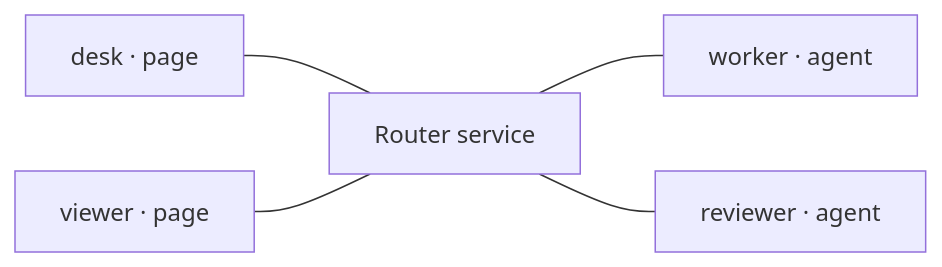
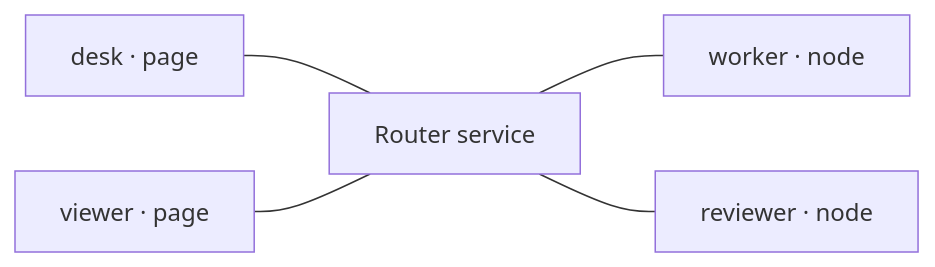
One commit to nitipit/automata changed the diagram in src/automata/skills/bundled/automata-message-router/references/connect.md. Above: the diagram before and after it, drawn with Mermaid. The commit also changed other lines of this file and 21 other files, not shown here.

Commit message:
feat(message-router): add trusted node networks and streamline skill

````diff
--- a/src/automata/skills/bundled/automata-message-router/references/connect.md
+++ b/src/automata/skills/bundled/automata-message-router/references/connect.md
@@ -9,7 +9,7 @@
 ```mermaid
 flowchart LR
     desk[desk · page] --- router[Router service]
     viewer[viewer · page] --- router
-    router --- worker[worker · agent]
-    router --- reviewer[reviewer · agent]
+    router --- worker[worker · node]
+    router --- reviewer[reviewer · node]
 ```
````
